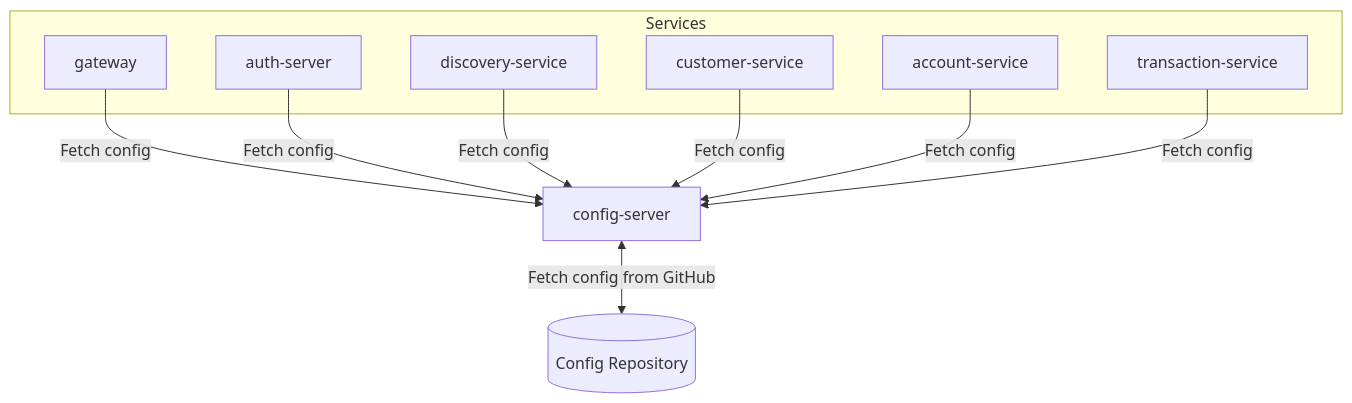
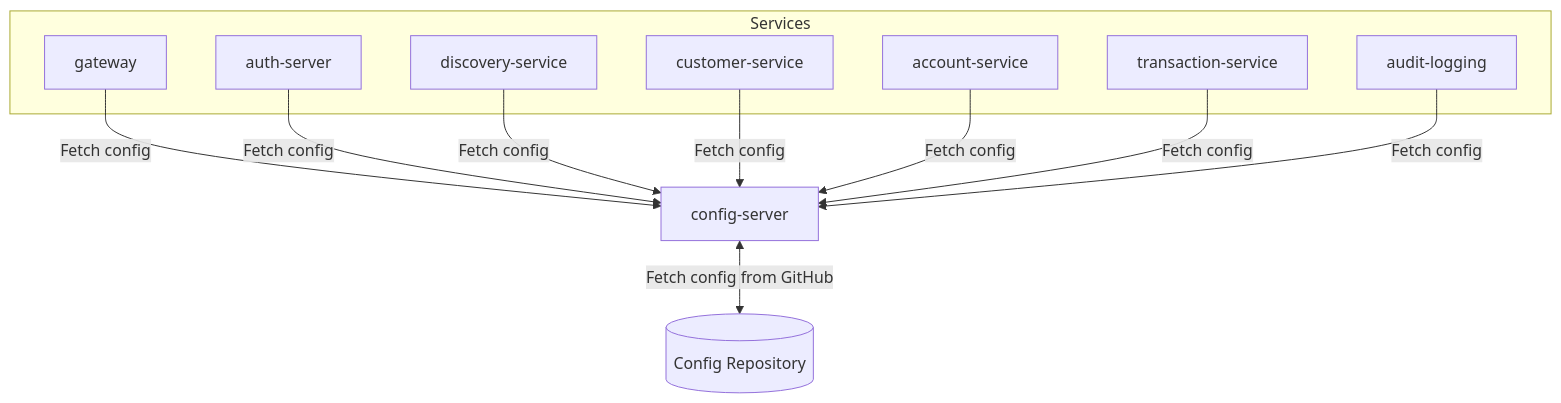
One commit to Lfav07/amerbank-micro changed the diagram in services/config-server/README.md. Above: the diagram before and after it, drawn with Mermaid. The commit also changed other lines of this file and 3 other files, not shown here.

````diff
--- a/services/config-server/README.md
+++ b/services/config-server/README.md
@@ -16,19 +16,21 @@
 ```mermaid
 graph TD
     subgraph Services
         gateway
         auth-server
         customer-service
         account-service
         transaction-service
+        audit-logging
         discovery-service
     end
 
     config-server <--> |Fetch config from GitHub| config-repo[(Config Repository)]
     gateway -->|Fetch config| config-server
     auth-server -->|Fetch config| config-server
     discovery-service -->|Fetch config| config-server
     customer-service -->|Fetch config| config-server
     account-service -->|Fetch config| config-server
     transaction-service -->|Fetch config| config-server
+    audit-logging -->|Fetch config| config-server
 ```
````
